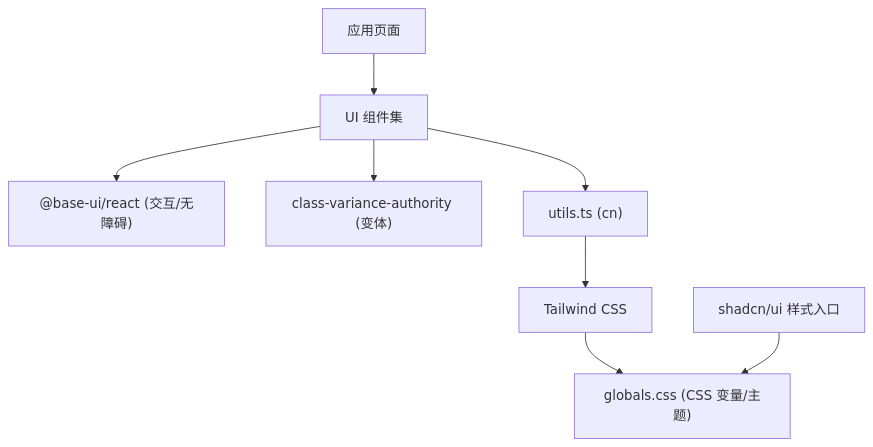
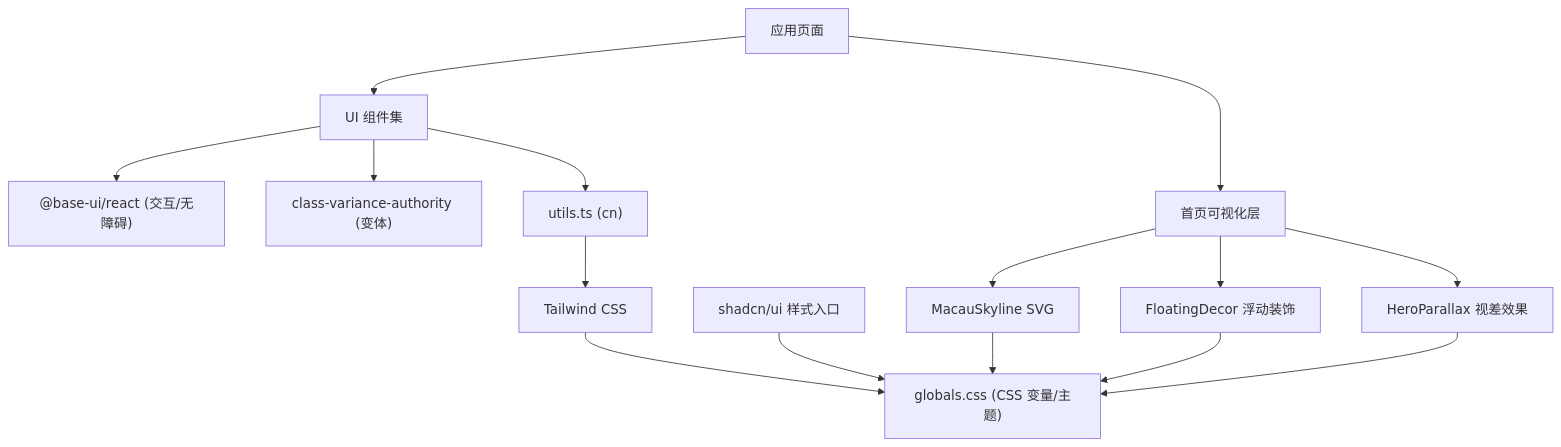
The second of 8 diagrams in .qoder/repowiki/zh/content/前端架构/UI组件系统/基础组件库.md (cccd123/macau-mystery), drawn with Mermaid before and after one commit. The commit also changed other lines of this file and 43 other files, not shown here.

````diff
--- a/.qoder/repowiki/zh/content/前端架构/UI组件系统/基础组件库.md
+++ b/.qoder/repowiki/zh/content/前端架构/UI组件系统/基础组件库.md
@@ -143,18 +169,29 @@
 ```mermaid
 graph TB
 App["应用页面"]
 UI["UI 组件集"]
 Base["@base-ui/react (交互/无障碍)"]
 CVA["class-variance-authority (变体)"]
 CN["utils.ts (cn)"]
 TW["Tailwind CSS"]
 Theme["globals.css (CSS 变量/主题)"]
 Shadcn["shadcn/ui 样式入口"]
+Vis["首页可视化层"]
+SVG["MacauSkyline SVG"]
+Float["FloatingDecor 浮动装饰"]
+Parallax["HeroParallax 视差效果"]
 App --> UI
+App --> Vis
 UI --> Base
 UI --> CVA
 UI --> CN
 CN --> TW
 TW --> Theme
 Shadcn --> Theme
+Vis --> SVG
+Vis --> Float
+Vis --> Parallax
+SVG --> Theme
+Float --> Theme
+Parallax --> Theme
 ```
````
